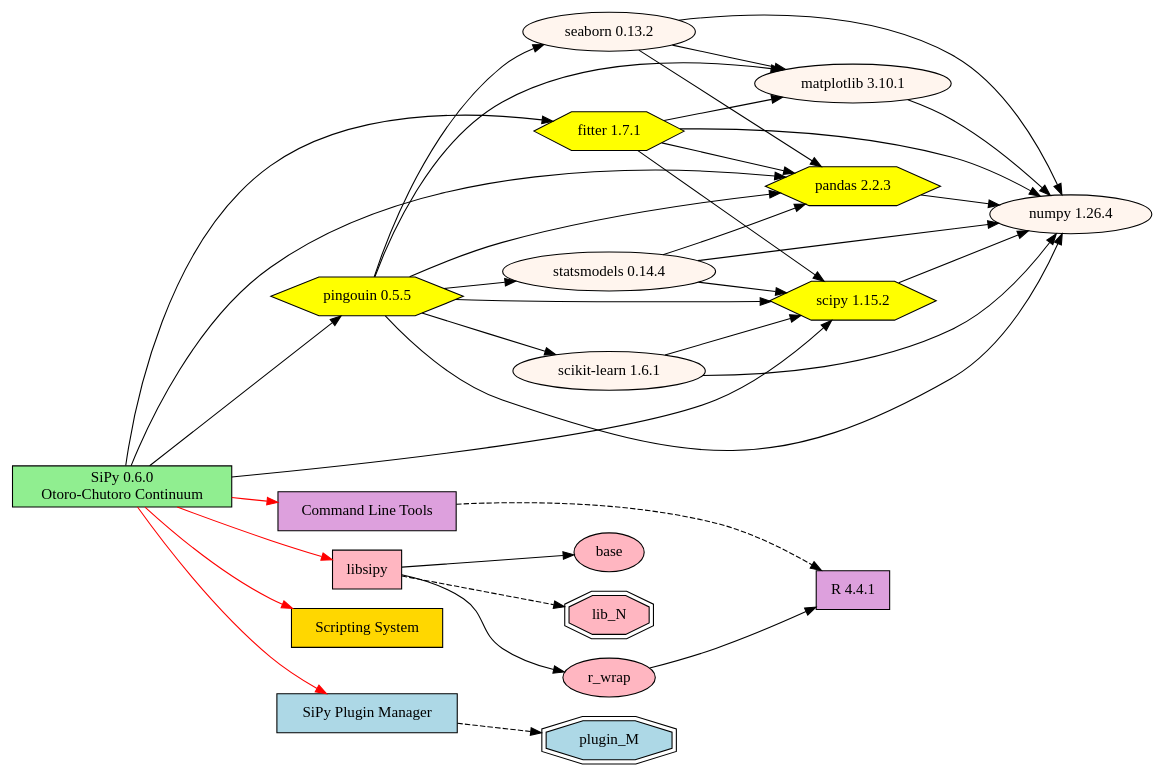
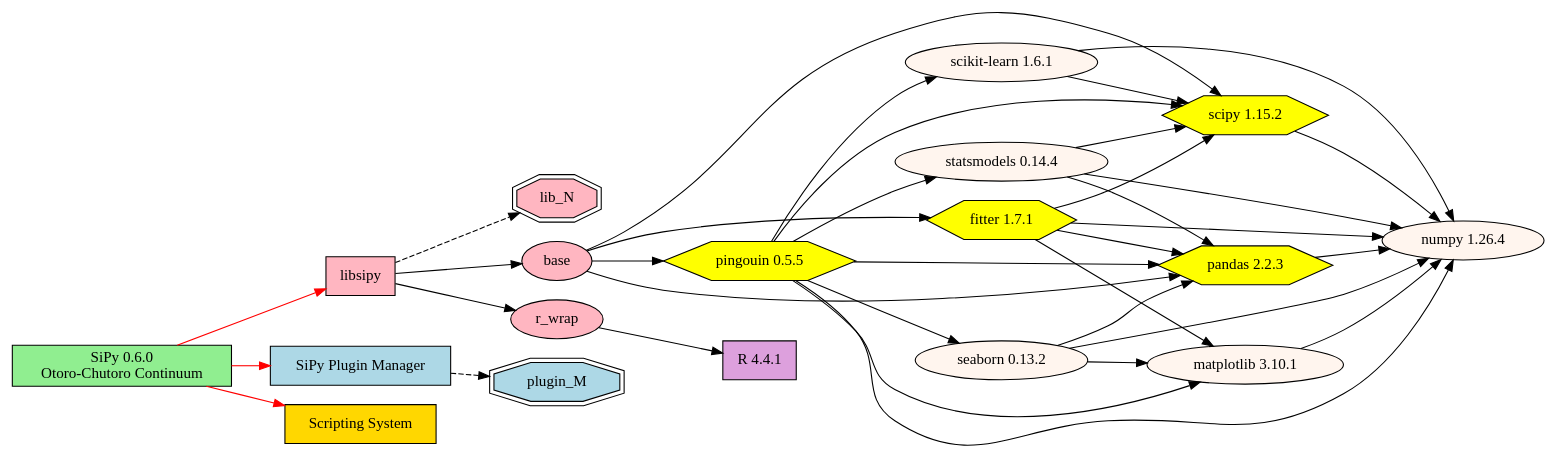
Before and after one commit to mauriceling/sipy: the diagram in manuscript/dependency.dot, drawn with Graphviz. The commit also changed 2 other files, not shown here.

```diff
--- a/manuscript/dependency.dot
+++ b/manuscript/dependency.dot
@@ -1,59 +1,54 @@
 digraph {
         rankdir = LR
         
         SiPy [shape="rectangle" label="SiPy 0.6.0\nOtoro-Chutoro Continuum" fillcolor=lightgreen style=filled]
         
         subgraph packages {
         fitter [label="fitter 1.7.1" fillcolor=yellow style=filled shape=hexagon]
         matplotlib [label="matplotlib 3.10.1" fillcolor=seashell style=filled]
         numpy [label="numpy 1.26.4" fillcolor=seashell style=filled]
         pandas [label="pandas 2.2.3" fillcolor=yellow style=filled shape=hexagon]
         pingouin [label="pingouin 0.5.5" fillcolor=yellow style=filled shape=hexagon]
         seaborn [label="seaborn 0.13.2" fillcolor=seashell style=filled]
         scipy [label="scipy 1.15.2" fillcolor=yellow style=filled shape=hexagon]
         "scikit-learn" [label="scikit-learn 1.6.1" fillcolor=seashell style=filled]
         statsmodels [label="statsmodels 0.14.4" fillcolor=seashell style=filled]
         
-        SiPy -> {fitter pandas pingouin scipy}
         fitter -> {matplotlib numpy pandas scipy}
         matplotlib -> numpy
         pandas -> numpy
         pingouin -> {"scikit-learn" matplotlib numpy pandas scipy seaborn statsmodels}
         seaborn -> {matplotlib numpy pandas}
         scipy -> numpy
         "scikit-learn" -> {numpy scipy}
         statsmodels -> {numpy pandas scipy}
         }
         
         subgraph library {
         libsipy [shape="rectangle" label="libsipy" fillcolor=lightpink style=filled]
         base [fillcolor=lightpink style=filled]
         r_wrap [fillcolor=lightpink style=filled]
         lib_N [fillcolor=lightpink style=filled shape=doubleoctagon]
         SiPy -> libsipy [color=red]
         libsipy -> base
         libsipy -> r_wrap
         libsipy -> lib_N [style=dashed]
+		base -> {fitter pandas pingouin scipy}
         }
         
         subgraph plugin {
         SPM [shape="rectangle" label="SiPy Plugin Manager" fillcolor=lightblue style=filled]
         SiPy -> SPM [color=red]
         plugin_M [fillcolor=lightblue style=filled shape=doubleoctagon]
         SPM -> plugin_M [style=dashed]
         }
         
         subgraph scripting {
         script_engine [shape="rectangle" label="Scripting System" fillcolor=gold style=filled]
         SiPy -> script_engine [color=red]
         }
-        
-        subgraph cmdtools {
-        cmd [shape="rectangle" label="Command Line Tools" fillcolor=plum style=filled]
-        SiPy -> cmd [color=red]
-        }
 
         R [shape="rectangle" label="R 4.4.1" fillcolor=plum style=filled]
         r_wrap -> R
-        cmd -> R [style=dashed]
+
 }
```
